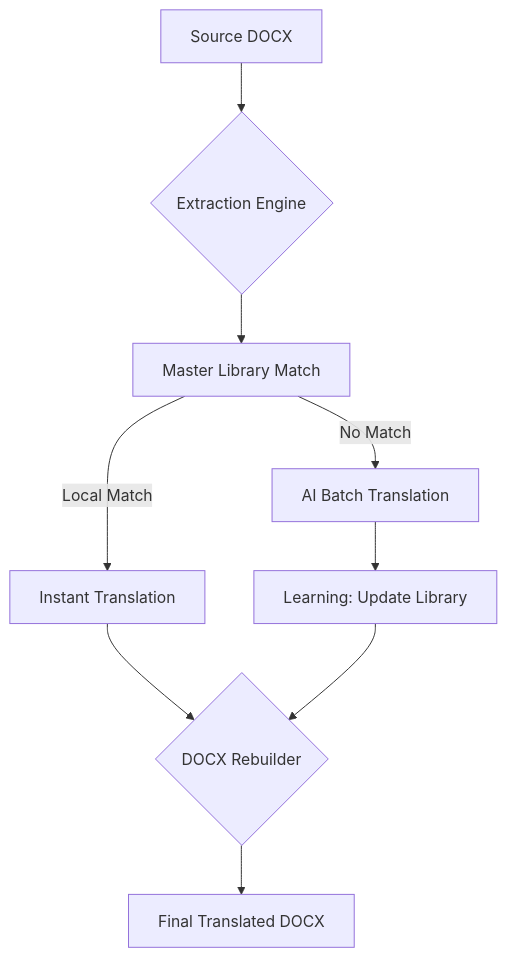
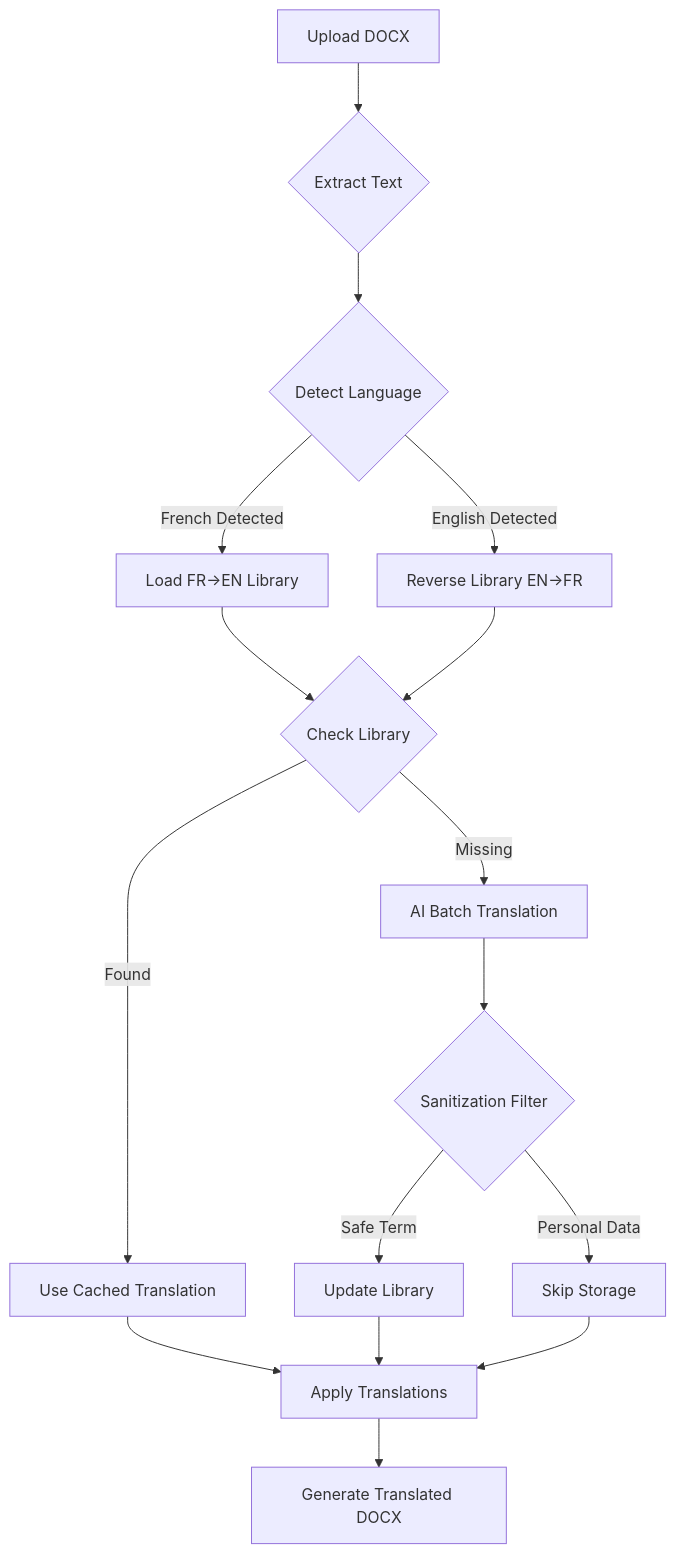
Before and after one commit to mvxpsd/resume-translator: the diagram in README.md, drawn with Mermaid. The commit also changed other lines of this file and 4 other files, not shown here.

````diff
--- a/README.md
+++ b/README.md
@@ -11,11 +27,18 @@
 ```mermaid
 graph TD
-    A[Source DOCX] --> B{Extraction Engine}
-    B --> C[Master Library Match]
-    C -- Local Match --> D[Instant Translation]
-    C -- No Match --> E[AI Batch Translation]
-    E --> F[Learning: Update Library]
-    D --> G{DOCX Rebuilder}
-    F --> G
-    G --> H[Final Translated DOCX]
+    A[Upload DOCX] --> B{Extract Text}
+    B --> C{Detect Language}
+    C -->|French Detected| D[Load FR→EN Library]
+    C -->|English Detected| E[Reverse Library EN→FR]
+    D --> F{Check Library}
+    E --> F
+    F -->|Found| G[Use Cached Translation]
+    F -->|Missing| H[AI Batch Translation]
+    H --> I{Sanitization Filter}
+    I -->|Safe Term| J[Update Library]
+    I -->|Personal Data| K[Skip Storage]
+    G --> L[Apply Translations]
+    J --> L
+    K --> L
+    L --> M[Generate Translated DOCX]
 ```
````
